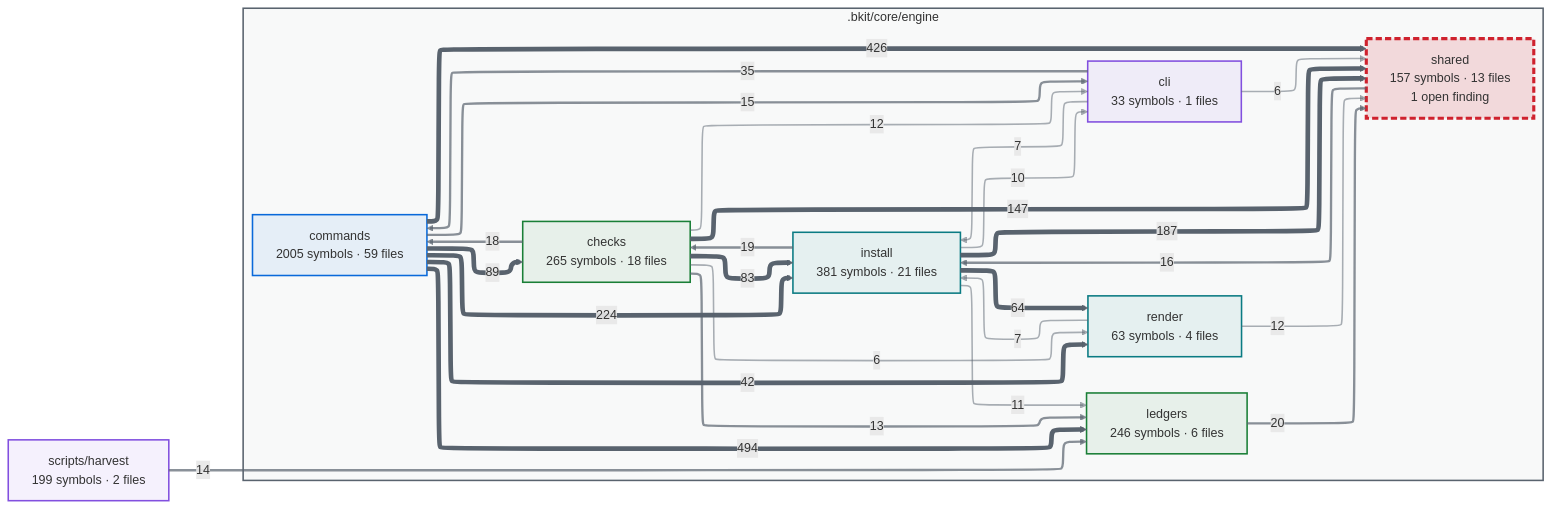
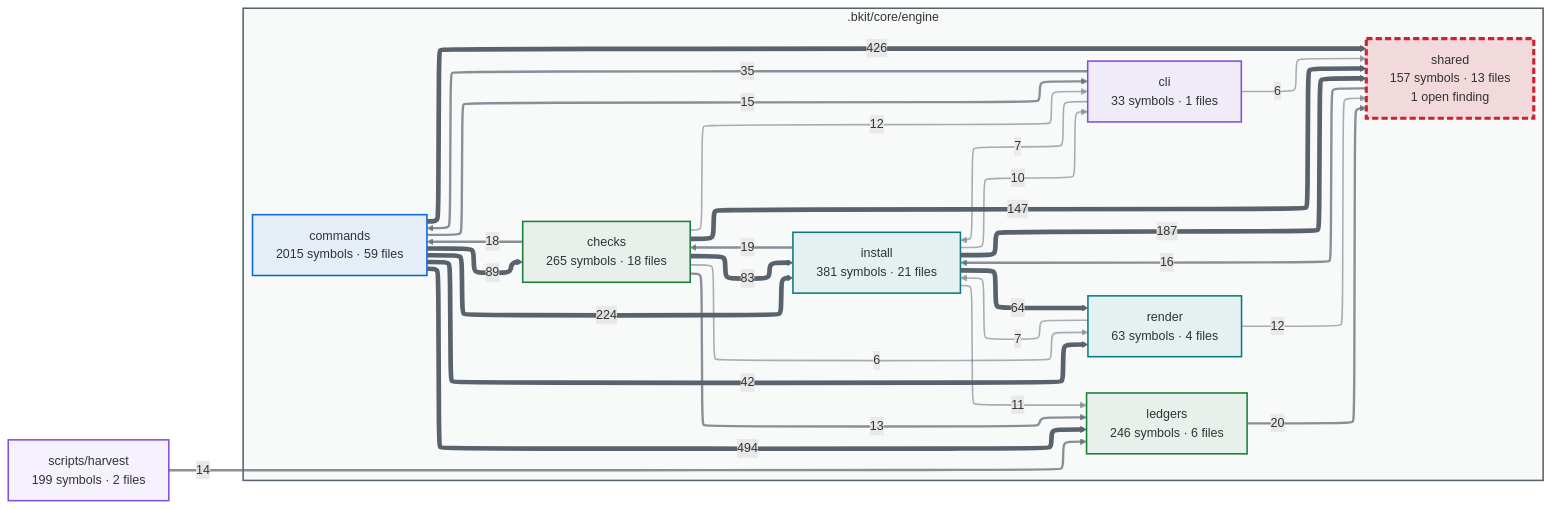
The first of 2 diagrams in docs/capabilities.md (cbartens/bkit), drawn with Mermaid before and after one commit. The commit also changed other lines of this file and 25 other files, not shown here.

````diff
--- a/docs/capabilities.md
+++ b/docs/capabilities.md
@@ -116,80 +116,80 @@
 ```mermaid
 ---
 config:
   layout: elk
   themeCSS: "marker { overflow: visible; } marker path { transform: scale(1.8); transform-origin: 5px 5px; }"
   flowchart:
     useMaxWidth: false
 ---
 flowchart LR
   %% Generated by bkit-graphify-rollup.py — do not edit
   subgraph gn_bkit_core_engine[".bkit/core/engine"]
     n_bkit_core_engine_checks["checks<br/>265 symbols · 18 files"]
     n_bkit_core_engine_cli["cli<br/>33 symbols · 1 files"]
-    n_bkit_core_engine_commands["commands<br/>2005 symbols · 59 files"]
+    n_bkit_core_engine_commands["commands<br/>2015 symbols · 59 files"]
     n_bkit_core_engine_install["install<br/>381 symbols · 21 files"]
     n_bkit_core_engine_ledgers["ledgers<br/>246 symbols · 6 files"]
     n_bkit_core_engine_render["render<br/>63 symbols · 4 files"]
     n_bkit_core_engine_shared["shared<br/>157 symbols · 13 files<br/>1 open finding"]
   end
   nscripts_harvest["scripts/harvest<br/>199 symbols · 2 files"]
   n_bkit_core_engine_commands -->|494| n_bkit_core_engine_ledgers
   n_bkit_core_engine_commands -->|426| n_bkit_core_engine_shared
   n_bkit_core_engine_commands -->|224| n_bkit_core_engine_install
   n_bkit_core_engine_install -->|187| n_bkit_core_engine_shared
   n_bkit_core_engine_checks -->|147| n_bkit_core_engine_shared
   n_bkit_core_engine_commands -->|89| n_bkit_core_engine_checks
   n_bkit_core_engine_checks -->|83| n_bkit_core_engine_install
   n_bkit_core_engine_install -->|64| n_bkit_core_engine_render
   n_bkit_core_engine_commands -->|42| n_bkit_core_engine_render
   n_bkit_core_engine_cli -->|35| n_bkit_core_engine_commands
   n_bkit_core_engine_ledgers -->|20| n_bkit_core_engine_shared
   n_bkit_core_engine_install -->|19| n_bkit_core_engine_checks
   n_bkit_core_engine_checks -->|18| n_bkit_core_engine_commands
   n_bkit_core_engine_shared -->|16| n_bkit_core_engine_install
   n_bkit_core_engine_commands -->|15| n_bkit_core_engine_cli
   nscripts_harvest -->|14| n_bkit_core_engine_ledgers
   n_bkit_core_engine_checks -->|13| n_bkit_core_engine_ledgers
   n_bkit_core_engine_checks -->|12| n_bkit_core_engine_cli
   n_bkit_core_engine_render -->|12| n_bkit_core_engine_shared
   n_bkit_core_engine_install -->|11| n_bkit_core_engine_ledgers
   n_bkit_core_engine_install -->|10| n_bkit_core_engine_cli
   n_bkit_core_engine_cli -->|7| n_bkit_core_engine_install
   n_bkit_core_engine_render -->|7| n_bkit_core_engine_install
   n_bkit_core_engine_checks -->|6| n_bkit_core_engine_render
   n_bkit_core_engine_cli -->|6| n_bkit_core_engine_shared
   style gn_bkit_core_engine fill:#59636e0a,stroke:#59636e,stroke-width:2px
   style n_bkit_core_engine_checks stroke:#1a7f37,stroke-width:2px,fill:#1a7f3714
   style n_bkit_core_engine_cli stroke:#8250df,stroke-width:2px,fill:#8250df14
   style n_bkit_core_engine_commands stroke:#0969da,stroke-width:2px,fill:#0969da14
   style n_bkit_core_engine_install stroke:#0a7b83,stroke-width:2px,fill:#0a7b8314
   style n_bkit_core_engine_ledgers stroke:#1a7f37,stroke-width:2px,fill:#1a7f3714
   style n_bkit_core_engine_render stroke:#0a7b83,stroke-width:2px,fill:#0a7b8314
   style n_bkit_core_engine_shared stroke:#cf222e,stroke-width:4px,stroke-dasharray:8 4,fill:#cf222e26
   style nscripts_harvest stroke:#8250df,stroke-width:2px,fill:#8250df14
   linkStyle 0 stroke:#59636e,stroke-width:6px
   linkStyle 1 stroke:#59636e,stroke-width:6px
   linkStyle 2 stroke:#59636e,stroke-width:6px
   linkStyle 3 stroke:#59636e,stroke-width:6px
   linkStyle 4 stroke:#59636e,stroke-width:6px
   linkStyle 5 stroke:#59636e,stroke-width:6px
   linkStyle 6 stroke:#59636e,stroke-width:6px
   linkStyle 7 stroke:#59636e,stroke-width:6px
   linkStyle 8 stroke:#59636e,stroke-width:6px
   linkStyle 9 stroke:#59636eb3,stroke-width:3px
   linkStyle 10 stroke:#59636eb3,stroke-width:3px
   linkStyle 11 stroke:#59636eb3,stroke-width:3px
   linkStyle 12 stroke:#59636eb3,stroke-width:3px
   linkStyle 13 stroke:#59636eb3,stroke-width:3px
   linkStyle 14 stroke:#59636eb3,stroke-width:3px
   linkStyle 15 stroke:#59636eb3,stroke-width:3px
   linkStyle 16 stroke:#59636eb3,stroke-width:3px
   linkStyle 17 stroke:#59636e80,stroke-width:2px
   linkStyle 18 stroke:#59636e80,stroke-width:2px
   linkStyle 19 stroke:#59636e80,stroke-width:2px
   linkStyle 20 stroke:#59636e80,stroke-width:2px
   linkStyle 21 stroke:#59636e80,stroke-width:2px
   linkStyle 22 stroke:#59636e80,stroke-width:2px
   linkStyle 23 stroke:#59636e80,stroke-width:2px
   linkStyle 24 stroke:#59636e80,stroke-width:2px
 ```
````
